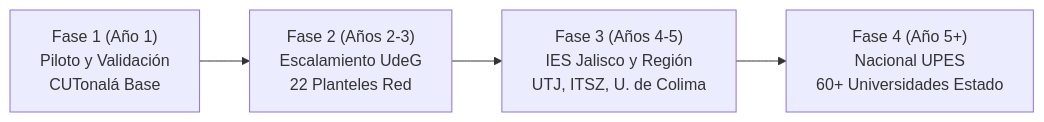
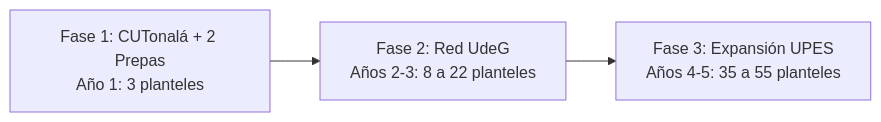
One commit to ErnestoFM/Inversion changed the second of 7 diagrams in docs/Propuesta_Inversion_SIGRE_Corregida.md. Above: the diagram before and after it, drawn with Mermaid. The commit also changed other lines of this file and 83 other files, not shown here.

````diff
--- a/docs/Propuesta_Inversion_SIGRE_Corregida.md
+++ b/docs/Propuesta_Inversion_SIGRE_Corregida.md
@@ -189,6 +134,5 @@
 ```mermaid
 flowchart LR
-    F1["Fase 1 (Año 1)<br>Piloto y Validación<br>CUTonalá Base"] --> F2["Fase 2 (Años 2-3)<br>Escalamiento UdeG<br>22 Planteles Red"]
-    F2 --> F3["Fase 3 (Años 4-5)<br>IES Jalisco y Región<br>UTJ, ITSZ, U. de Colima"]
-    F3 --> F4["Fase 4 (Año 5+)<br>Nacional UPES<br>60+ Universidades Estado"]
+    Fase1[Fase 1: CUTonalá + 2 Prepas<br>Año 1: 3 planteles] --> Fase2[Fase 2: Red UdeG<br>Años 2-3: 8 a 22 planteles]
+    Fase2 --> Fase3[Fase 3: Expansión UPES<br>Años 4-5: 35 a 55 planteles]
 ```
````
